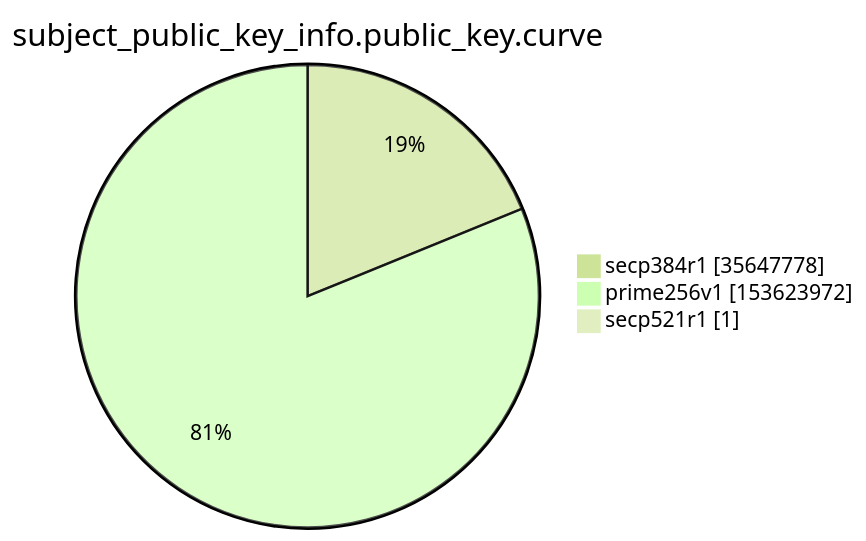
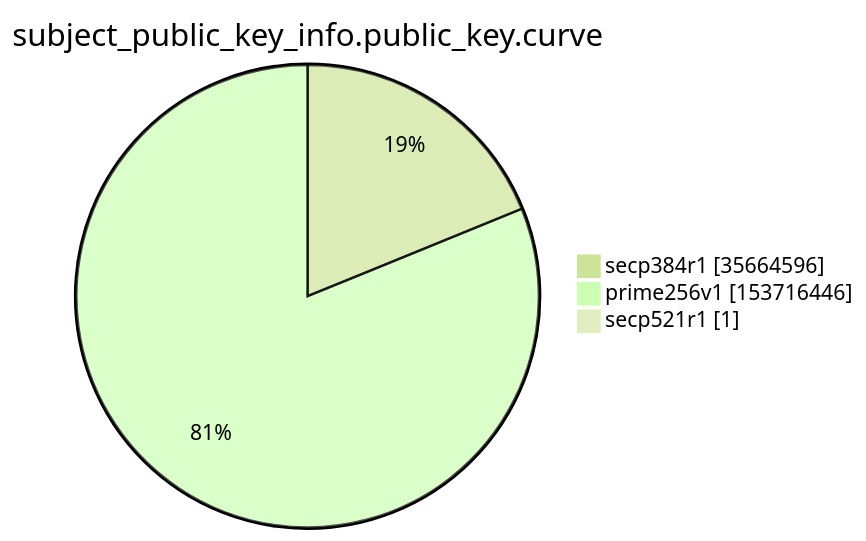
One commit to christiankrug/ctmonitor_visualization changed the ninth of 15 diagrams in argon2022/README.md. Above: the diagram before and after it, drawn with Mermaid (forest theme). The commit also changed other lines of this file, not shown here.

````diff
--- a/argon2022/README.md
+++ b/argon2022/README.md
@@ -2765,7 +2765,7 @@
 ```mermaid
 pie showData
 title subject_public_key_info.public_key.curve
-"secp384r1" :35647778
-"prime256v1" :153623972
+"secp384r1" :35664596
+"prime256v1" :153716446
 "secp521r1" :1
 ```
````
